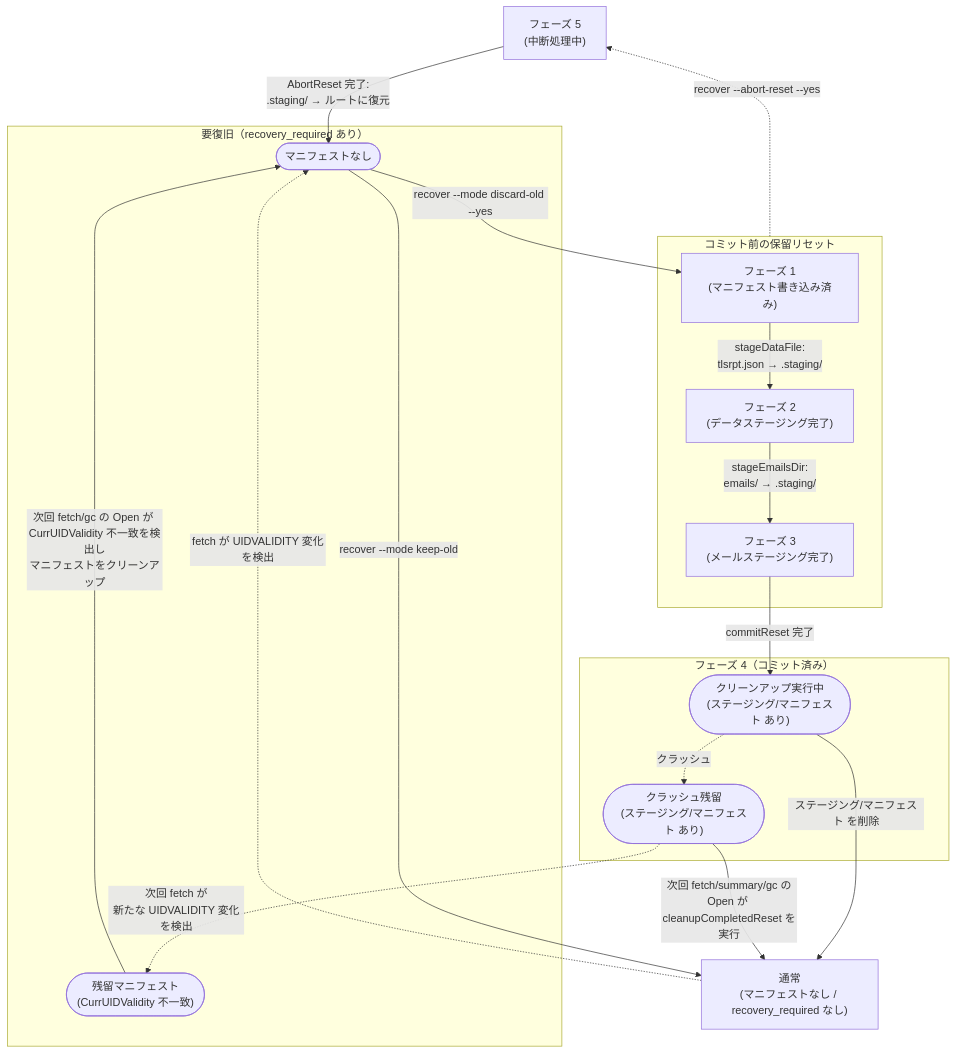
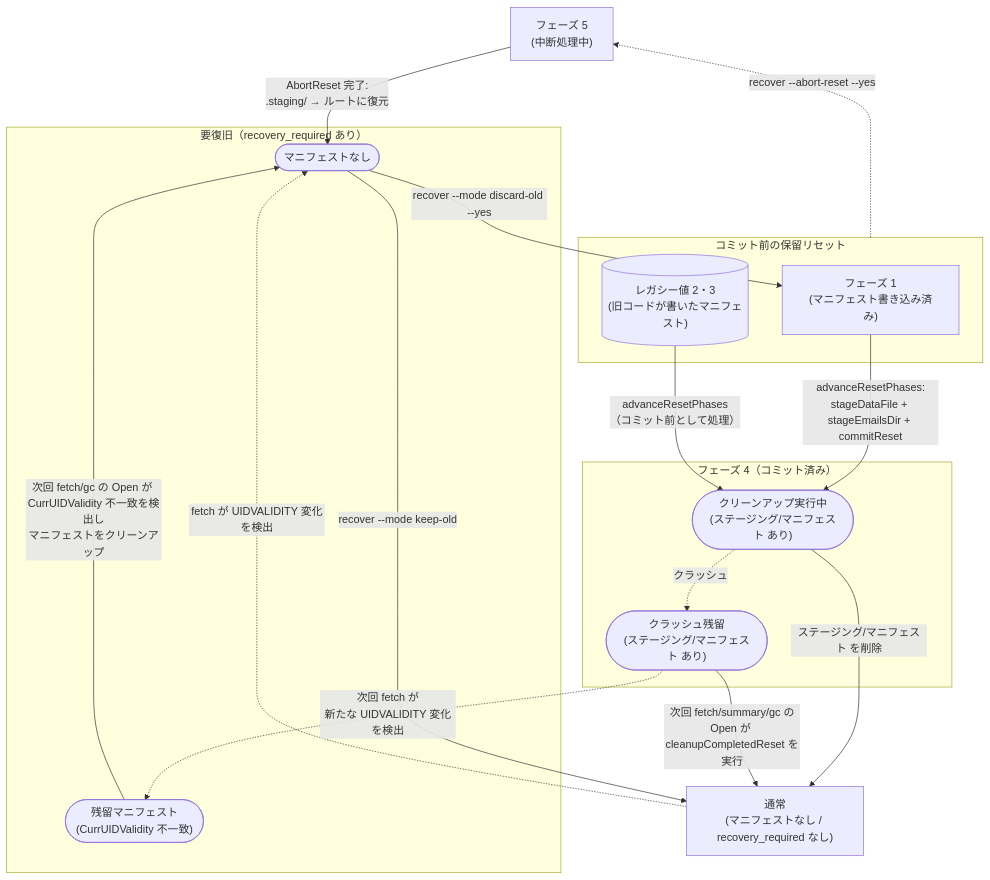
Before and after one commit to isseis/tlsrpt-digest: the diagram in docs/dev/adr/0003_reset_phase_design.ja.md, drawn with Mermaid. The commit also changed other lines of this file and 1 other file, not shown here.

````diff
--- a/docs/dev/adr/0003_reset_phase_design.ja.md
+++ b/docs/dev/adr/0003_reset_phase_design.ja.md
@@ -89,36 +89,34 @@
 ```mermaid
 flowchart TD
     P5["フェーズ 5<br>(中断処理中)"]
 
     subgraph RecoveryReq["要復旧（recovery_required あり）"]
         RR(["マニフェストなし"])
         StaleM(["残留マニフェスト<br>(CurrUIDValidity 不一致)"])
     end
 
     subgraph PendingReset["コミット前の保留リセット"]
         P1["フェーズ 1<br>(マニフェスト書き込み済み)"]
-        P2["フェーズ 2<br>(データステージング完了)"]
-        P3["フェーズ 3<br>(メールステージング完了)"]
+        Legacy[("レガシー値 2・3<br>(旧コードが書いたマニフェスト)")]
     end
 
     subgraph Phase4["フェーズ 4（コミット済み）"]
         P4a(["クリーンアップ実行中<br>(ステージング/マニフェスト あり)"])
         P4b(["クラッシュ残留<br>(ステージング/マニフェスト あり)"])
     end
 
     Normal["通常<br>(マニフェストなし / recovery_required なし)"]
 
     RR -->|"recover --mode keep-old"| Normal
     RR -->|"recover --mode discard-old --yes"| P1
-    P1 -->|"stageDataFile:<br>tlsrpt.json → .staging/"| P2
-    P2 -->|"stageEmailsDir:<br>emails/ → .staging/"| P3
-    P3 -->|"commitReset 完了"| P4a
+    P1 -->|"advanceResetPhases:<br>stageDataFile + stageEmailsDir + commitReset"| P4a
+    Legacy -->|"advanceResetPhases<br>（コミット前として処理）"| P4a
     P4a -->|"ステージング/マニフェスト を削除"| Normal
     P4a -.->|"クラッシュ"| P4b
     P4b -->|"次回 fetch/summary/gc の<br>Open が cleanupCompletedReset を実行"| Normal
     P4b -.->|"次回 fetch が<br>新たな UIDVALIDITY 変化を検出"| StaleM
     StaleM -->|"次回 fetch/gc の Open が CurrUIDValidity 不一致を検出し<br>マニフェストをクリーンアップ"| RR
     PendingReset -.->|"recover --abort-reset --yes"| P5
     P5 -->|"AbortReset 完了:<br>.staging/ → ルートに復元"| RR
     Normal -.->|"fetch が UIDVALIDITY 変化を検出"| RR
 ```
````
